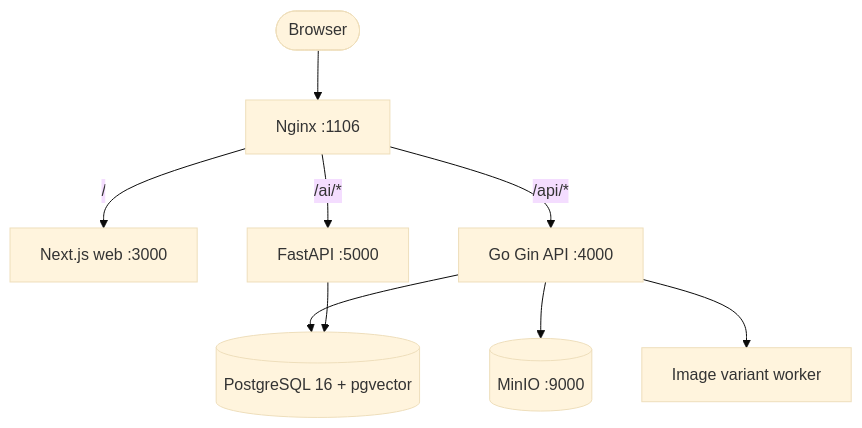
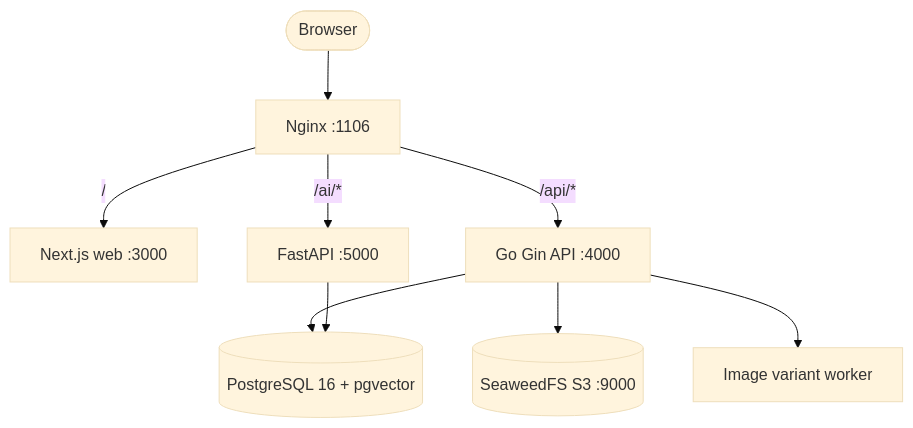
Before and after one commit to Ijon6k/Taskure: the diagram in docs/ARCHITECTURE.md, drawn with Mermaid (base theme). The commit also changed other lines of this file and 16 other files, not shown here.

````diff
--- a/docs/ARCHITECTURE.md
+++ b/docs/ARCHITECTURE.md
@@ -21,11 +21,11 @@
 ```mermaid
 graph TD
     Client([Browser]) --> Nginx[Nginx :1106]
     Nginx -- / --> Web[Next.js web :3000]
     Nginx -- /api/* --> API[Go Gin API :4000]
     Nginx -- /ai/* --> AI[FastAPI :5000]
     API --> PG[(PostgreSQL 16 + pgvector)]
-    API --> MinIO[(MinIO :9000)]
+    API --> SeaweedFS[(SeaweedFS S3 :9000)]
     API --> Worker[Image variant worker]
     AI --> PG
 ```
````
